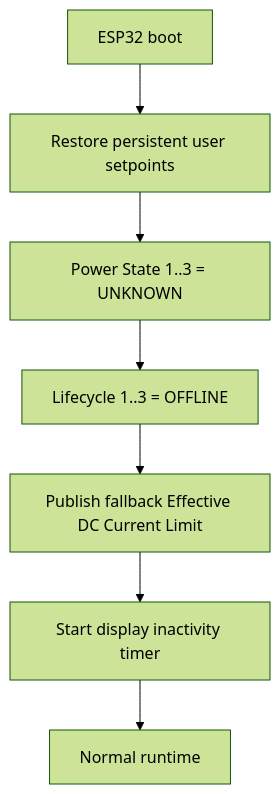
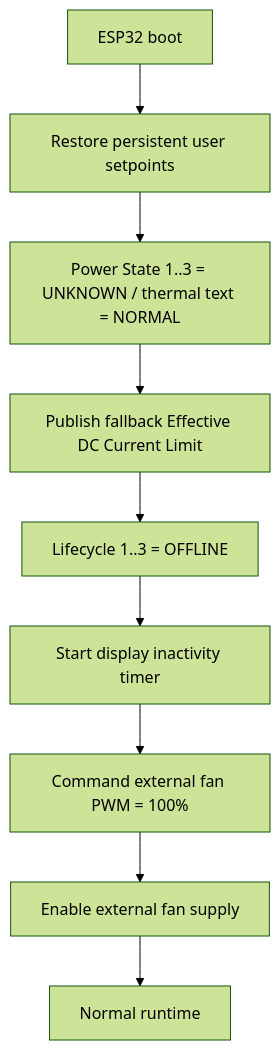
The fourth of 22 diagrams in R4875G1_CONTROL_FLOWS.md (anwa/esphome-r4875g1-3phase-charger), drawn with Mermaid (forest theme) before and after one commit. The commit also changed other lines of this file and 18 other files, not shown here.

````diff
--- a/R4875G1_CONTROL_FLOWS.md
+++ b/R4875G1_CONTROL_FLOWS.md
@@ -116,9 +136,11 @@
 ```mermaid
 flowchart TD
     A[ESP32 boot] --> B[Restore persistent user setpoints]
-    B --> C[Power State 1..3 = UNKNOWN]
-    C --> D[Lifecycle 1..3 = OFFLINE]
-    D --> E[Publish fallback Effective DC Current Limit]
+    B --> C[Power State 1..3 = UNKNOWN / thermal text = NORMAL]
+    C --> D[Publish fallback Effective DC Current Limit]
+    D --> E[Lifecycle 1..3 = OFFLINE]
     E --> F[Start display inactivity timer]
-    F --> G[Normal runtime]
+    F --> G[Command external fan PWM = 100%]
+    G --> H[Enable external fan supply]
+    H --> I[Normal runtime]
 ```
````
